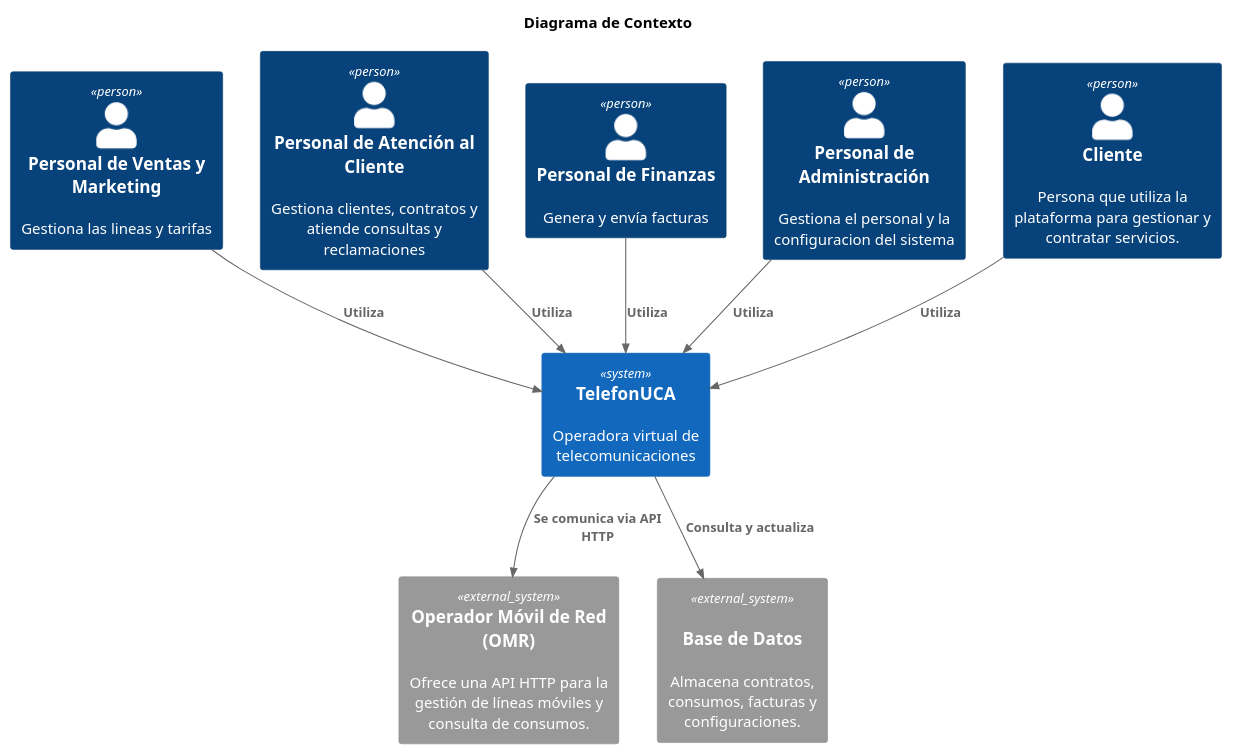
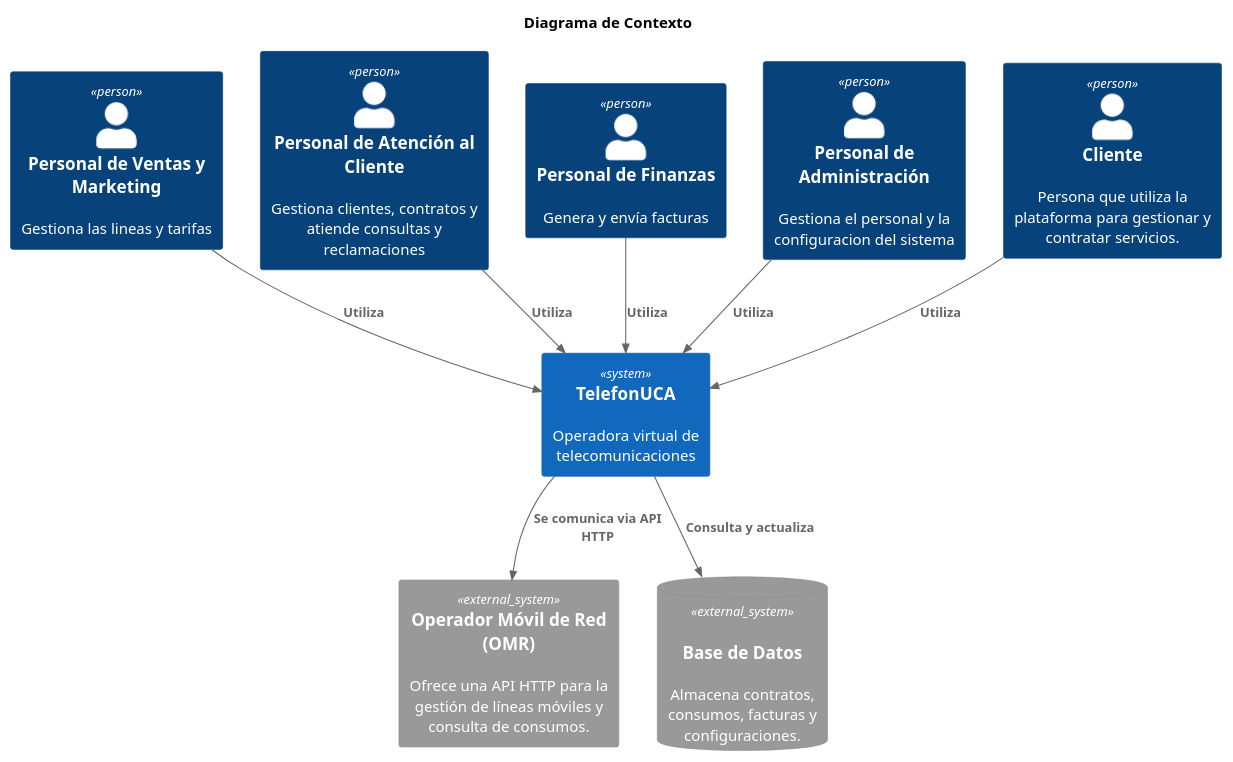
One commit to davidbp10/iw2023-2024-MovilUCA changed the diagram in docs/diagrams/ContextDiagramC4.puml. Above: the diagram before and after it, drawn with PlantUML. The commit also changed 3 other files, not shown here.

Commit message:
Mejora de los diagramas C4

```diff
--- a/docs/diagrams/ContextDiagramC4.puml
+++ b/docs/diagrams/ContextDiagramC4.puml
@@ -1,26 +1,26 @@
 @startuml
 !include https://raw.githubusercontent.com/plantuml-stdlib/C4-PlantUML/master/C4_Container.puml
 
 title Diagrama de Contexto
 
 Person(ventas, "Personal de Ventas y Marketing", "Gestiona las lineas y tarifas")
 Person(atencioncliente, "Personal de Atención al Cliente", "Gestiona clientes, contratos y atiende consultas y reclamaciones")
 Person(f, "Personal de Finanzas", "Genera y envía facturas")
 Person(admin, "Personal de Administración", "Gestiona el personal y la configuracion del sistema")
 Person(cliente, "Cliente", "Persona que utiliza la plataforma para gestionar y contratar servicios.")
 
 System(t, "TelefonUCA", "Operadora virtual de telecomunicaciones")
 
 System_Ext(omr, "Operador Móvil de Red (OMR)", "Ofrece una API HTTP para la gestión de líneas móviles y consulta de consumos.")
-System_Ext(bd, "Base de Datos", "Almacena contratos, consumos, facturas y configuraciones.", "MySQL")
+SystemDb_Ext(bd, "Base de Datos", "Almacena contratos, consumos, facturas y configuraciones.", "MySQL")
 
 Rel(cliente, t, "Utiliza")
 Rel(t, bd, "Consulta y actualiza")
 Rel(t, omr, "Se comunica via API HTTP")
 
 Rel(ventas, t, "Utiliza")
 Rel(atencioncliente, t, "Utiliza")
 Rel(f, t, "Utiliza")
 Rel(admin, t, "Utiliza")
 
 @enduml
```
